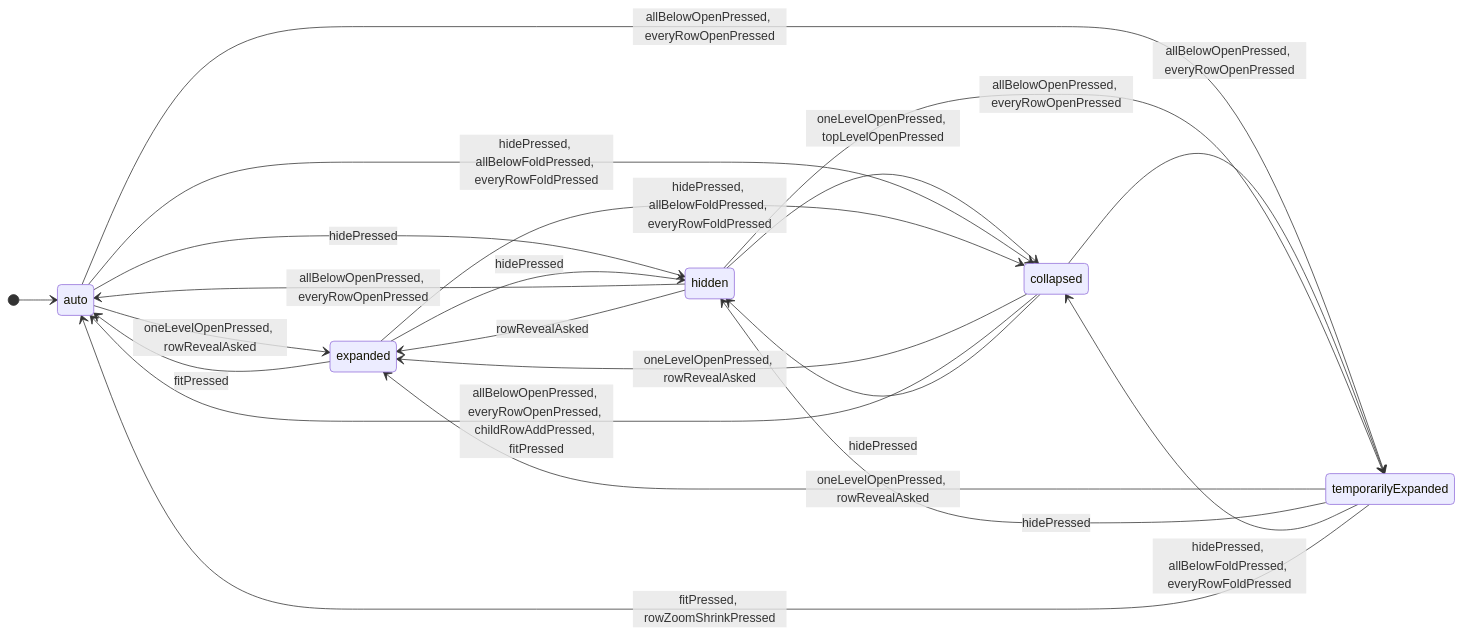
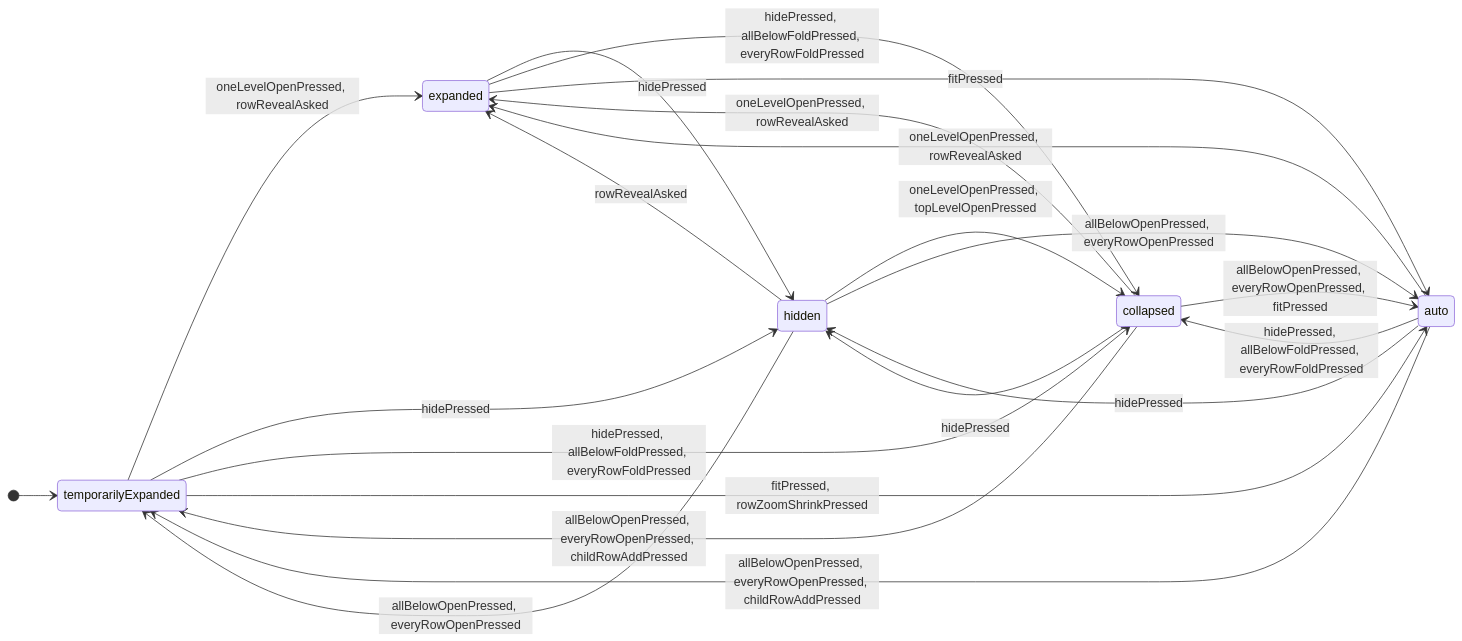
Before and after one commit to GoodRelax/gr-scheduler: diagram 27 of 27 in docs/spec/_assets/tbl-state-machines.md, drawn with Mermaid. The commit also changed other lines of this file and 9 other files, not shown here.

````diff
--- a/docs/spec/_assets/tbl-state-machines.md
+++ b/docs/spec/_assets/tbl-state-machines.md
@@ -1202,29 +1204,29 @@
 ```mermaid
 stateDiagram-v2
     direction LR
-    [*] --> treeStateMachine_auto
+    [*] --> treeStateMachine_temporarilyExpanded
     treeStateMachine_auto : auto
     treeStateMachine_collapsed : collapsed
     treeStateMachine_expanded : expanded
     treeStateMachine_temporarilyExpanded : temporarilyExpanded
     treeStateMachine_hidden : hidden
     treeStateMachine_auto --> treeStateMachine_expanded : oneLevelOpenPressed, rowRevealAsked
     treeStateMachine_collapsed --> treeStateMachine_expanded : oneLevelOpenPressed, rowRevealAsked
     treeStateMachine_temporarilyExpanded --> treeStateMachine_expanded : oneLevelOpenPressed, rowRevealAsked
     treeStateMachine_hidden --> treeStateMachine_collapsed : oneLevelOpenPressed, topLevelOpenPressed
-    treeStateMachine_auto --> treeStateMachine_temporarilyExpanded : allBelowOpenPressed, everyRowOpenPressed
-    treeStateMachine_collapsed --> treeStateMachine_temporarilyExpanded : allBelowOpenPressed, everyRowOpenPressed
-    treeStateMachine_collapsed --> treeStateMachine_auto : allBelowOpenPressed, everyRowOpenPressed, childRowAddPressed, fitPressed
+    treeStateMachine_auto --> treeStateMachine_temporarilyExpanded : allBelowOpenPressed, everyRowOpenPressed, childRowAddPressed
+    treeStateMachine_collapsed --> treeStateMachine_temporarilyExpanded : allBelowOpenPressed, everyRowOpenPressed, childRowAddPressed
+    treeStateMachine_collapsed --> treeStateMachine_auto : allBelowOpenPressed, everyRowOpenPressed, fitPressed
     treeStateMachine_hidden --> treeStateMachine_temporarilyExpanded : allBelowOpenPressed, everyRowOpenPressed
     treeStateMachine_hidden --> treeStateMachine_auto : allBelowOpenPressed, everyRowOpenPressed
     treeStateMachine_auto --> treeStateMachine_hidden : hidePressed
     treeStateMachine_auto --> treeStateMachine_collapsed : hidePressed, allBelowFoldPressed, everyRowFoldPressed
     treeStateMachine_collapsed --> treeStateMachine_hidden : hidePressed
     treeStateMachine_expanded --> treeStateMachine_hidden : hidePressed
     treeStateMachine_expanded --> treeStateMachine_collapsed : hidePressed, allBelowFoldPressed, everyRowFoldPressed
     treeStateMachine_temporarilyExpanded --> treeStateMachine_hidden : hidePressed
     treeStateMachine_temporarilyExpanded --> treeStateMachine_collapsed : hidePressed, allBelowFoldPressed, everyRowFoldPressed
     treeStateMachine_expanded --> treeStateMachine_auto : fitPressed
     treeStateMachine_temporarilyExpanded --> treeStateMachine_auto : fitPressed, rowZoomShrinkPressed
     treeStateMachine_hidden --> treeStateMachine_expanded : rowRevealAsked
 ```
````
